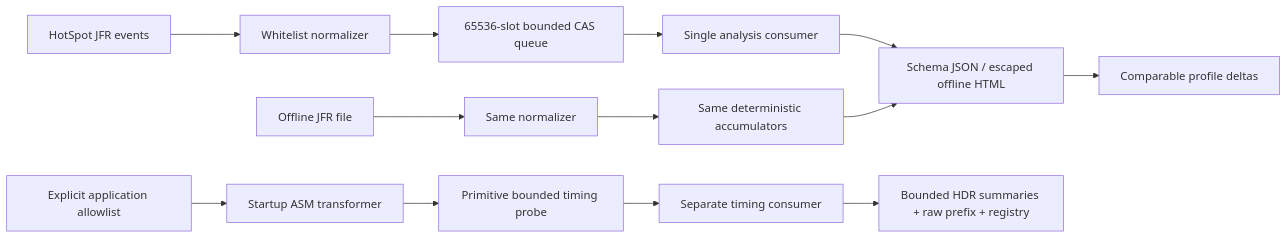
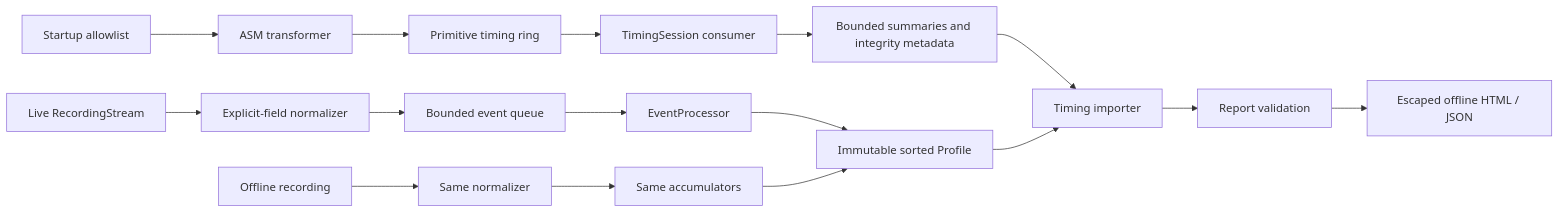
The first of 3 diagrams in projects/08-threadlens/docs/ARCHITECTURE.md (cheshmakzanoon-ops/Java-portfolio), drawn with Mermaid before and after one commit. The commit also changed other lines of this file and 59 other files, not shown here.

````diff
--- a/projects/08-threadlens/docs/ARCHITECTURE.md
+++ b/projects/08-threadlens/docs/ARCHITECTURE.md
@@ -3,15 +5,18 @@
-```mermaid
+~~~mermaid
 flowchart LR
-  J[HotSpot JFR events] --> N[Whitelist normalizer]
-  N --> Q[65536-slot bounded CAS queue]
-  Q --> A[Single analysis consumer]
-  F[Offline JFR file] --> N2[Same normalizer]
-  N2 --> A2[Same deterministic accumulators]
-  A --> R[Schema JSON / escaped offline HTML]
-  A2 --> R
-  C[Explicit application allowlist] --> T[Startup ASM transformer]
-  T --> P[Primitive bounded timing probe]
-  P --> O[Separate timing consumer]
-  O --> TS[Bounded HDR summaries + raw prefix + registry]
-  R --> D[Comparable profile deltas]
-```
+  L[Live RecordingStream] --> N[Explicit-field normalizer]
+  N --> Q[Bounded event queue]
+  Q --> E[EventProcessor]
+  F[Offline recording] --> N2[Same normalizer]
+  N2 --> A2[Same accumulators]
+  E --> P[Immutable sorted Profile]
+  A2 --> P
+  C[Startup allowlist] --> T[ASM transformer]
+  T --> B[Primitive timing ring]
+  B --> S[TimingSession consumer]
+  S --> I[Bounded summaries and integrity metadata]
+  I --> TI[Timing importer]
+  P --> TI
+  TI --> V[Report validation]
+  V --> R[Escaped offline HTML / JSON]
+~~~
````
